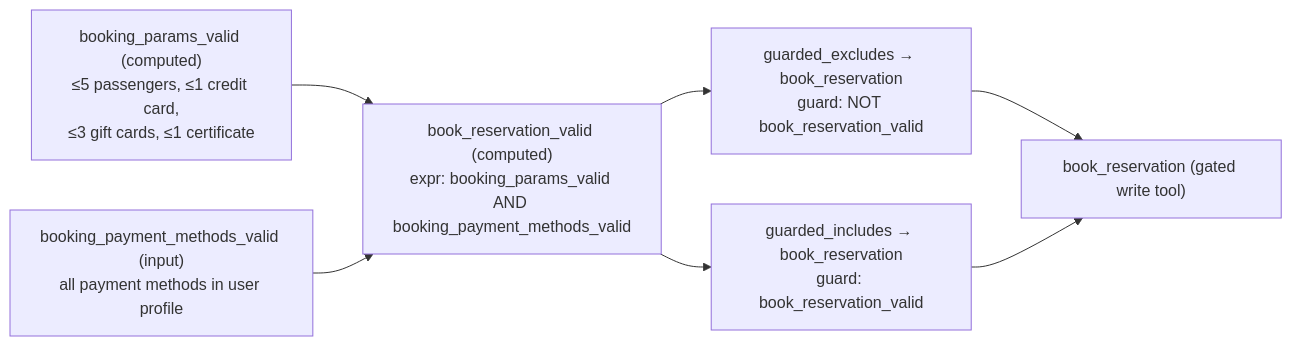
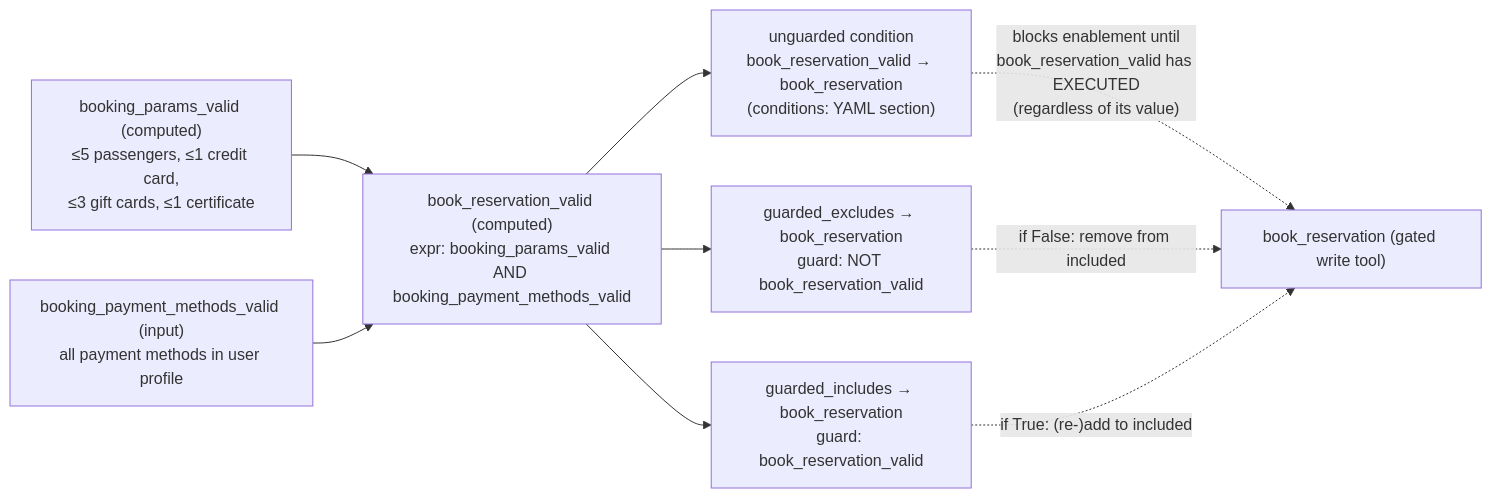
The sixth of 6 diagrams in DCR_DATA_ARCHITECTURE.md (silas-blume/tau2-bench-thesis), drawn with Mermaid before and after one commit. The commit also changed other lines of this file and 12 other files, not shown here.

````diff
--- a/DCR_DATA_ARCHITECTURE.md
+++ b/DCR_DATA_ARCHITECTURE.md
@@ -427,14 +434,16 @@
 ```mermaid
 flowchart LR
     BPV["booking_params_valid (computed)<br/>≤5 passengers, ≤1 credit card,<br/>≤3 gift cards, ≤1 certificate"]
     BPMV["booking_payment_methods_valid (input)<br/>all payment methods in user profile"]
     BRV["book_reservation_valid (computed)<br/>expr: booking_params_valid AND booking_payment_methods_valid"]
+    COND["unguarded condition<br/>book_reservation_valid → book_reservation<br/>(conditions: YAML section)"]
     GE["guarded_excludes → book_reservation<br/>guard: NOT book_reservation_valid"]
     GI["guarded_includes → book_reservation<br/>guard: book_reservation_valid"]
     BR["book_reservation (gated write tool)"]
 
     BPV --> BRV
     BPMV --> BRV
-    BRV --> GE --> BR
-    BRV --> GI --> BR
+    BRV --> COND -.->|"blocks enablement until<br/>book_reservation_valid has EXECUTED<br/>(regardless of its value)"| BR
+    BRV --> GE -.->|"if False: remove from included"| BR
+    BRV --> GI -.->|"if True: (re-)add to included"| BR
 ```
````
